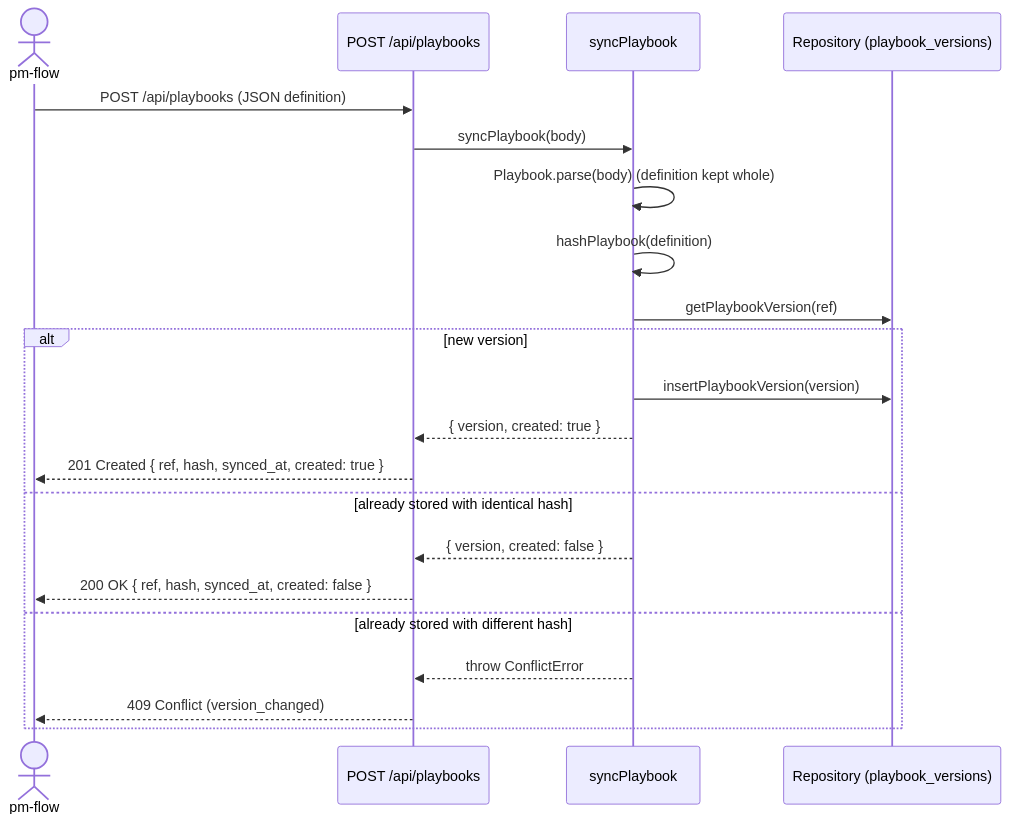
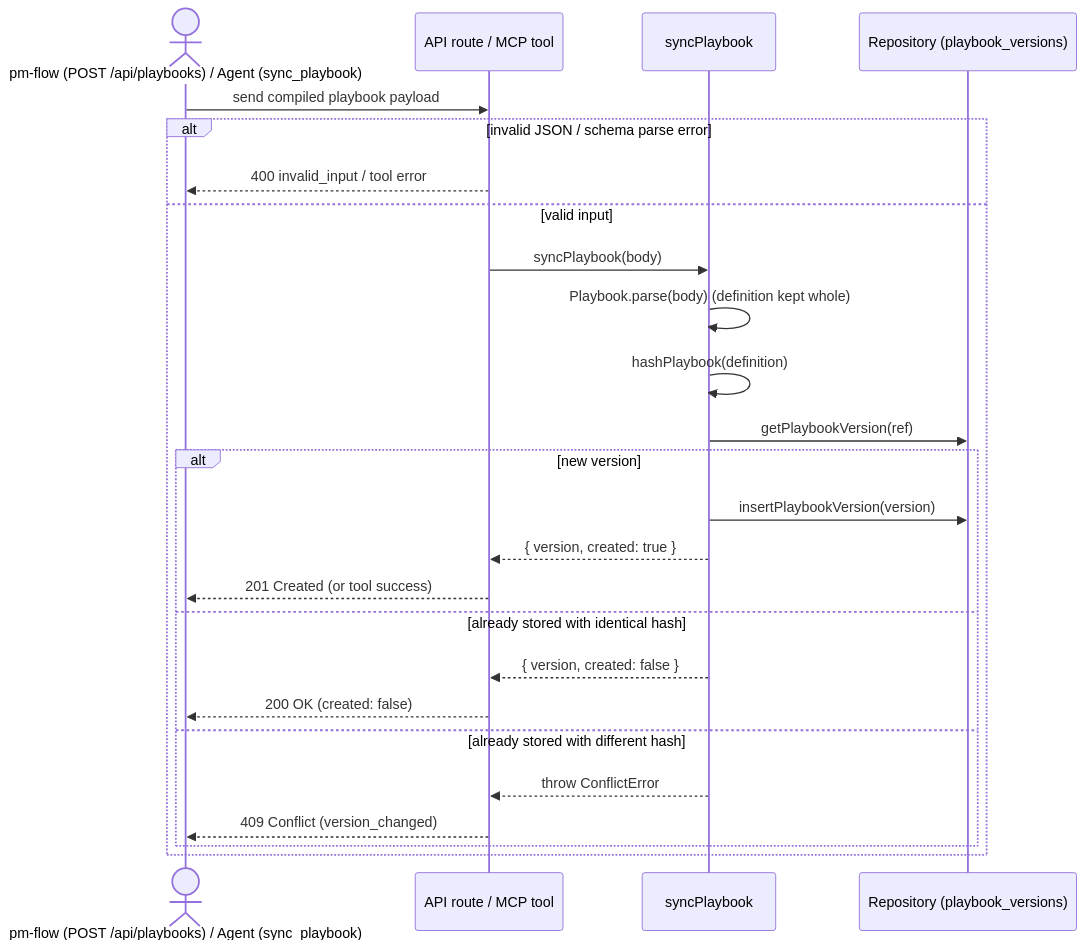
Before and after one commit to nnminh-sam/my-pm-agent: the third of 3 diagrams in docs/features/personal-only/sequences.md, drawn with Mermaid. The commit also changed other lines of this file and 3 other files, not shown here.

````diff
--- a/docs/features/personal-only/sequences.md
+++ b/docs/features/personal-only/sequences.md
@@ -48,24 +71,28 @@
 ```mermaid
 sequenceDiagram
-  actor Flow as pm-flow
-  participant API as POST /api/playbooks
-  participant Repo as syncPlaybook
+  actor Caller as pm-flow (POST /api/playbooks) / Agent (sync_playbook)
+  participant Endpoint as API route / MCP tool
+  participant Core as syncPlaybook
   participant Store as Repository (playbook_versions)
 
-  Flow->>API: POST /api/playbooks (JSON definition)
-  API->>Repo: syncPlaybook(body)
-  Repo->>Repo: Playbook.parse(body) (definition kept whole)
-  Repo->>Repo: hashPlaybook(definition)
-  Repo->>Store: getPlaybookVersion(ref)
-  alt new version
-    Repo->>Store: insertPlaybookVersion(version)
-    Repo-->>API: { version, created: true }
-    API-->>Flow: 201 Created { ref, hash, synced_at, created: true }
-  else already stored with identical hash
-    Repo-->>API: { version, created: false }
-    API-->>Flow: 200 OK { ref, hash, synced_at, created: false }
-  else already stored with different hash
-    Repo-->>API: throw ConflictError
-    API-->>Flow: 409 Conflict (version_changed)
+  Caller->>Endpoint: send compiled playbook payload
+  alt invalid JSON / schema parse error
+    Endpoint-->>Caller: 400 invalid_input / tool error
+  else valid input
+    Endpoint->>Core: syncPlaybook(body)
+    Core->>Core: Playbook.parse(body) (definition kept whole)
+    Core->>Core: hashPlaybook(definition)
+    Core->>Store: getPlaybookVersion(ref)
+    alt new version
+      Core->>Store: insertPlaybookVersion(version)
+      Core-->>Endpoint: { version, created: true }
+      Endpoint-->>Caller: 201 Created (or tool success)
+    else already stored with identical hash
+      Core-->>Endpoint: { version, created: false }
+      Endpoint-->>Caller: 200 OK (created: false)
+    else already stored with different hash
+      Core-->>Endpoint: throw ConflictError
+      Endpoint-->>Caller: 409 Conflict (version_changed)
+    end
   end
 ```
````
